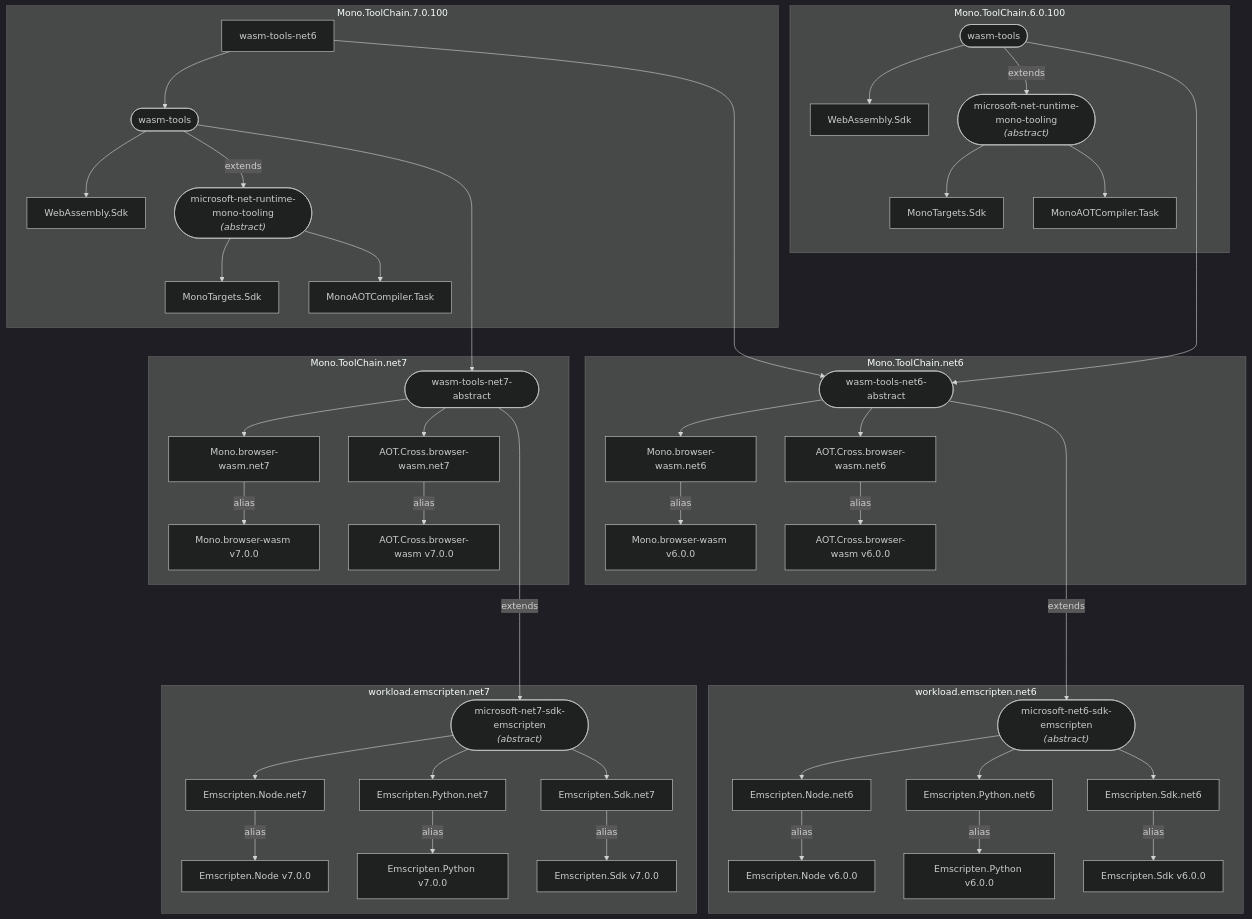
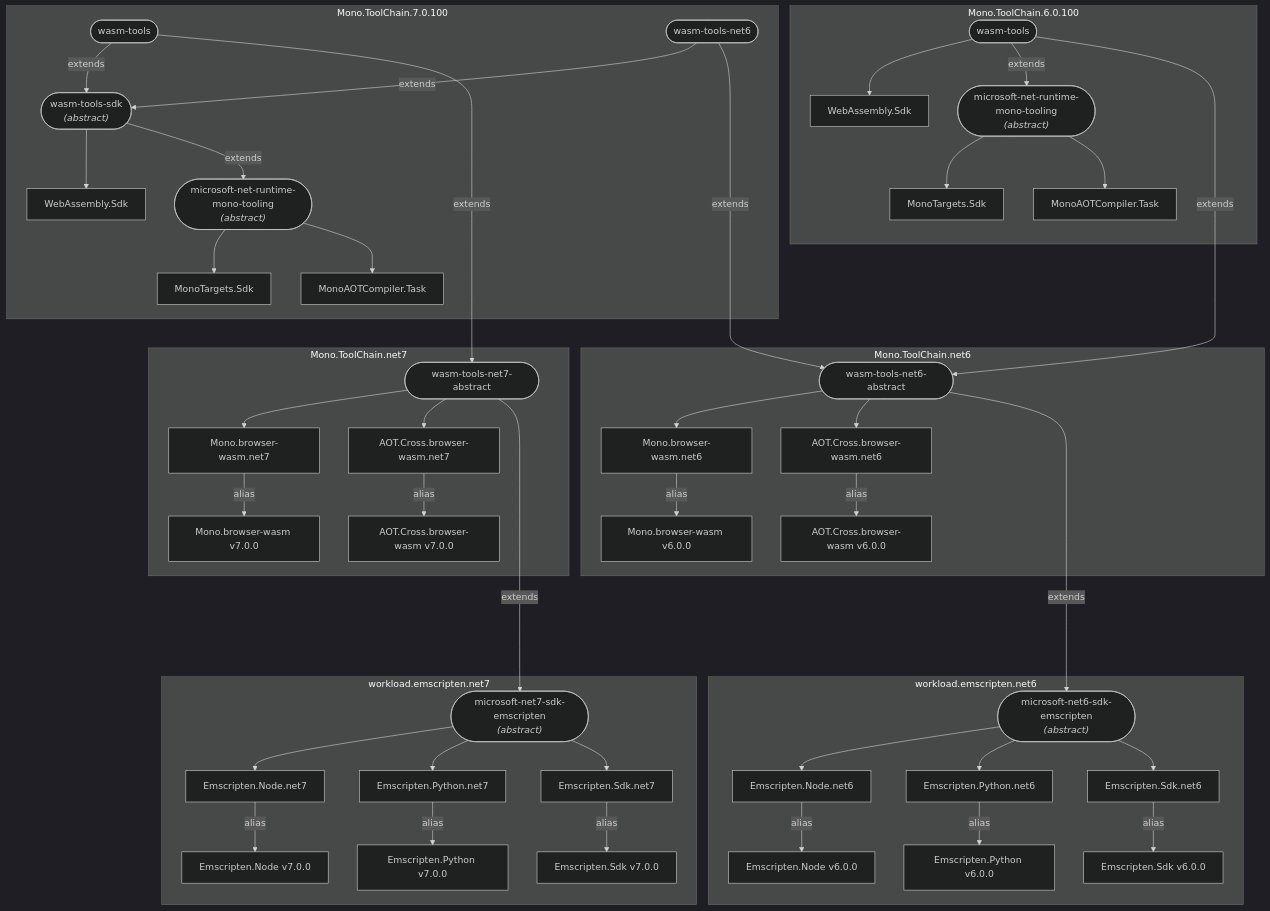
Before and after one commit to dsplaisted/WorkloadVersioningSample: the second of 2 diagrams in README.md, drawn with Mermaid (dark theme).

Commit message:
Update proposed graph

````diff
--- a/README.md
+++ b/README.md
@@ -38,61 +38,63 @@
 ```mermaid
 graph TD;
 
     subgraph Mono.ToolChain.6.0.100
     wasm-tools.6.0.100([wasm-tools])-->Microsoft.NET.Runtime.WebAssembly.Sdk.6.0.100[WebAssembly.Sdk];
     wasm-tools.6.0.100-->|extends|microsoft-net-runtime-mono-tooling.6.0.100;
     microsoft-net-runtime-mono-tooling.6.0.100(["microsoft-net-runtime-mono-tooling<BR><I>(abstract)</I>"])-->Microsoft.NET.Runtime.MonoTargets.Sdk.6.0.100[MonoTargets.Sdk];
     microsoft-net-runtime-mono-tooling.6.0.100-->Microsoft.NET.Runtime.MonoAOTCompiler.Task.6.0.100[MonoAOTCompiler.Task];
     end
     
-    wasm-tools.6.0.100----->wasm-tools-net6-abstract
+    wasm-tools.6.0.100----->|extends|wasm-tools-net6-abstract
     %%microsoft-net-runtime-mono-tooling-->microsoft-net-runtime.6-mono-tooling
 
     subgraph Mono.ToolChain.net6
     wasm-tools-net6-abstract([wasm-tools-net6-abstract])-->Mono.browser-wasm.net6
     Mono.browser-wasm.net6-->|alias|Mono.browser-wasm.v6["Mono.browser-wasm v6.0.0"]
     wasm-tools-net6-abstract-->AOT.Cross.browser-wasm.net6
     AOT.Cross.browser-wasm.net6-->|alias|AOT.Cross.browser-wasm.v6["AOT.Cross.browser-wasm v6.0.0"]
     end
     
     wasm-tools-net6-abstract------>|extends|microsoft-net-sdk6-emscripten;
 
     subgraph workload.emscripten.net6
     microsoft-net-sdk6-emscripten(["microsoft-net6-sdk-emscripten<BR><I>(abstract)</I>"])-->Microsoft.NET.Runtime.6.Emscripten.Node[Emscripten.Node.net6];
     Microsoft.NET.Runtime.6.Emscripten.Node-->|alias|Microsoft.NET.Runtime.Emscripten.Node.v6["Emscripten.Node v6.0.0"]
     microsoft-net-sdk6-emscripten-->Microsoft.NET.Runtime.6.Emscripten.Python[Emscripten.Python.net6];
     Microsoft.NET.Runtime.6.Emscripten.Python-->|alias|Microsoft.NET.Runtime.Emscripten.Python.v6["Emscripten.Python v6.0.0"]
     microsoft-net-sdk6-emscripten-->Microsoft.NET.Runtime.6.Emscripten.Sdk[Emscripten.Sdk.net6];
     Microsoft.NET.Runtime.6.Emscripten.Sdk-->|alias|Microsoft.NET.Runtime.Emscripten.Sdk.v6["Emscripten.Sdk v6.0.0"]
     end
     
     subgraph Mono.ToolChain.7.0.100
-    wasm-tools.7.0.100([wasm-tools])-->Microsoft.NET.Runtime.WebAssembly.Sdk.7.0.100[WebAssembly.Sdk];
-    wasm-tools.7.0.100-->|extends|microsoft-net-runtime-mono-tooling.7.0.100;
+    wasm-tools.7.0.100([wasm-tools])-->|extends|wasm-tools-sdk.7.0.100
+    wasm-tools-net6([wasm-tools-net6])-->|extends|wasm-tools-sdk.7.0.100
+    wasm-tools-sdk.7.0.100(["wasm-tools-sdk<BR><I>(abstract)</I>"])-->Microsoft.NET.Runtime.WebAssembly.Sdk.7.0.100[WebAssembly.Sdk];
+    wasm-tools-sdk.7.0.100-->|extends|microsoft-net-runtime-mono-tooling.7.0.100;
     microsoft-net-runtime-mono-tooling.7.0.100(["microsoft-net-runtime-mono-tooling<BR><I>(abstract)</I>"])-->Microsoft.NET.Runtime.MonoTargets.Sdk.7.0.100[MonoTargets.Sdk];
     microsoft-net-runtime-mono-tooling.7.0.100-->Microsoft.NET.Runtime.MonoAOTCompiler.Task.7.0.100[MonoAOTCompiler.Task];
-    wasm-tools-net6-->wasm-tools.7.0.100
+    
     end
     
-    wasm-tools.7.0.100---->wasm-tools-net7-abstract
-    wasm-tools-net6----->wasm-tools-net6-abstract
+    wasm-tools.7.0.100----->|extends|wasm-tools-net7-abstract
+    wasm-tools-net6----->|extends|wasm-tools-net6-abstract
     
     subgraph Mono.ToolChain.net7
     wasm-tools-net7-abstract([wasm-tools-net7-abstract])-->Mono.browser-wasm.net7
     Mono.browser-wasm.net7-->|alias|Mono.browser-wasm.v7["Mono.browser-wasm v7.0.0"]
     wasm-tools-net7-abstract-->AOT.Cross.browser-wasm.net7
     AOT.Cross.browser-wasm.net7-->|alias|AOT.Cross.browser-wasm.v7["AOT.Cross.browser-wasm v7.0.0"]
     end
     
     wasm-tools-net7-abstract------>|extends|microsoft-net-sdk7-emscripten;
     
     subgraph workload.emscripten.net7
     microsoft-net-sdk7-emscripten(["microsoft-net7-sdk-emscripten<BR><I>(abstract)</I>"])-->Microsoft.NET.Runtime.7.Emscripten.Node[Emscripten.Node.net7];
     Microsoft.NET.Runtime.7.Emscripten.Node-->|alias|Microsoft.NET.Runtime.Emscripten.Node["Emscripten.Node v7.0.0"]
     microsoft-net-sdk7-emscripten-->Microsoft.NET.Runtime.7.Emscripten.Python[Emscripten.Python.net7];
     Microsoft.NET.Runtime.7.Emscripten.Python-->|alias|Microsoft.NET.Runtime.Emscripten.Python["Emscripten.Python v7.0.0"]
     microsoft-net-sdk7-emscripten-->Microsoft.NET.Runtime.7.Emscripten.Sdk[Emscripten.Sdk.net7];
     Microsoft.NET.Runtime.7.Emscripten.Sdk-->|alias|Microsoft.NET.Runtime.Emscripten.Sdk["Emscripten.Sdk v7.0.0"]
     end
 
 ```
````
